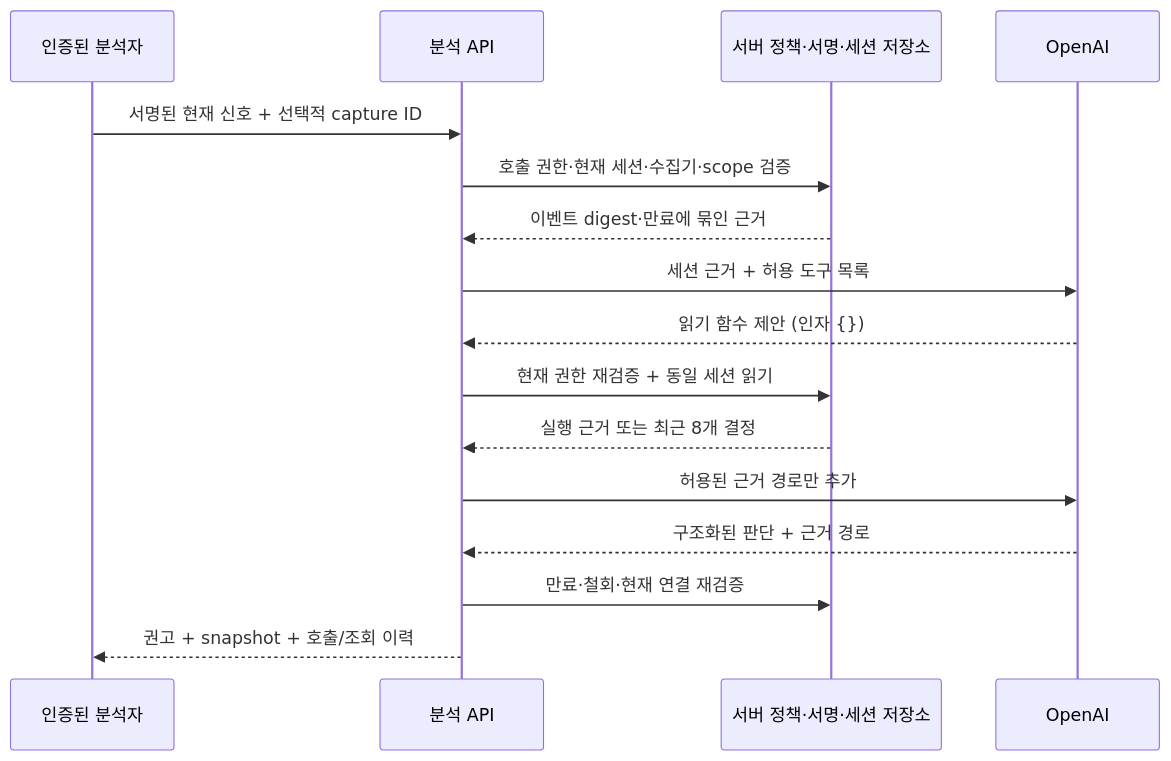
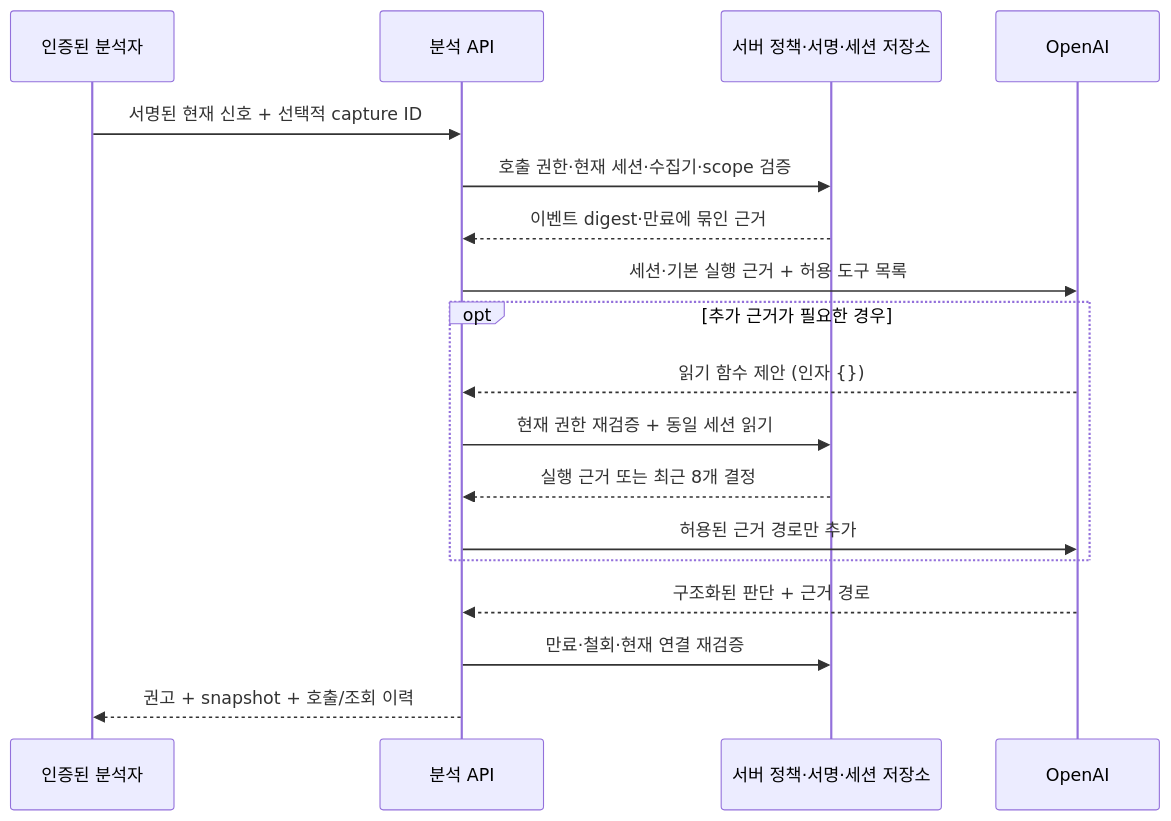
One commit to cheonan-asan-sta/zero-trust-llm-secops changed the diagram in docs/llm-read-only-evidence-review-20261117.md. Above: the diagram before and after it, drawn with Mermaid. The commit also changed other lines of this file and 46 other files, not shown here.

````diff
--- a/docs/llm-read-only-evidence-review-20261117.md
+++ b/docs/llm-read-only-evidence-review-20261117.md
@@ -9,18 +9,20 @@
 ```mermaid
 sequenceDiagram
     participant O as 인증된 분석자
     participant S as 분석 API
     participant V as 서버 정책·서명·세션 저장소
     participant L as OpenAI
     O->>S: 서명된 현재 신호 + 선택적 capture ID
     S->>V: 호출 권한·현재 세션·수집기·scope 검증
     V-->>S: 이벤트 digest·만료에 묶인 근거
-    S->>L: 세션 근거 + 허용 도구 목록
-    L-->>S: 읽기 함수 제안 (인자 {})
-    S->>V: 현재 권한 재검증 + 동일 세션 읽기
-    V-->>S: 실행 근거 또는 최근 8개 결정
-    S->>L: 허용된 근거 경로만 추가
+    S->>L: 세션·기본 실행 근거 + 허용 도구 목록
+    opt 추가 근거가 필요한 경우
+        L-->>S: 읽기 함수 제안 (인자 {})
+        S->>V: 현재 권한 재검증 + 동일 세션 읽기
+        V-->>S: 실행 근거 또는 최근 8개 결정
+        S->>L: 허용된 근거 경로만 추가
+    end
     L-->>S: 구조화된 판단 + 근거 경로
     S->>V: 만료·철회·현재 연결 재검증
     S-->>O: 권고 + snapshot + 호출/조회 이력
 ```
````
